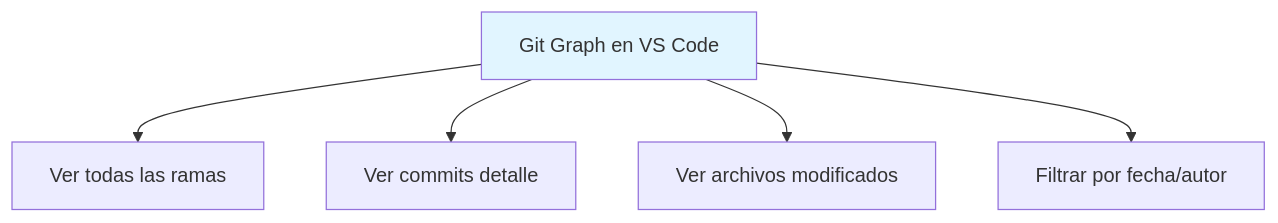
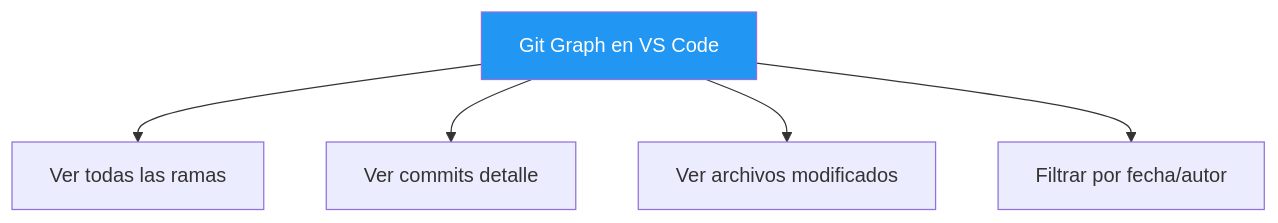
One commit to joseluisgs/EntornosDesarrollo-03-2026-2027 changed the diagram in 05-herramientas.md. Above: the diagram before and after it, drawn with Mermaid. The commit also changed other lines of this file and 5 other files, not shown here.

````diff
--- a/05-herramientas.md
+++ b/05-herramientas.md
@@ -112,9 +127,9 @@
 ```mermaid
 graph TB
     A[Git Graph en VS Code] --> B[Ver todas las ramas]
     A --> C[Ver commits detalle]
     A --> D[Ver archivos modificados]
     A --> E[Filtrar por fecha/autor]
     
-    style A fill:#e1f5ff
+    style A fill:#2196F3,color:#fff
 ```
````
